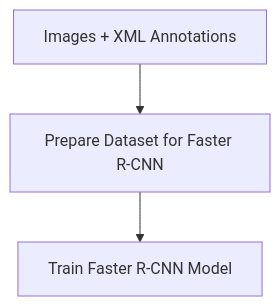
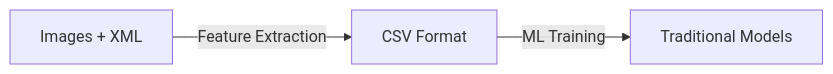
The first of 3 diagrams in README.md (ahmad-kaif/tensors), drawn with Mermaid before and after one commit. The commit also changed other lines of this file and 4 other files, not shown here.

````diff
--- a/README.md
+++ b/README.md
@@ -27,5 +27,5 @@
 ```mermaid
-flowchart TD
-    A[Images + XML Annotations] --> B[Prepare Dataset for Faster R-CNN]
-    B --> C[Train Faster R-CNN Model]
+flowchart LR
+    A[Images + XML] -->|Feature Extraction| B[CSV Format]
+    B -->|ML Training| C[Traditional Models]
 ```
````
